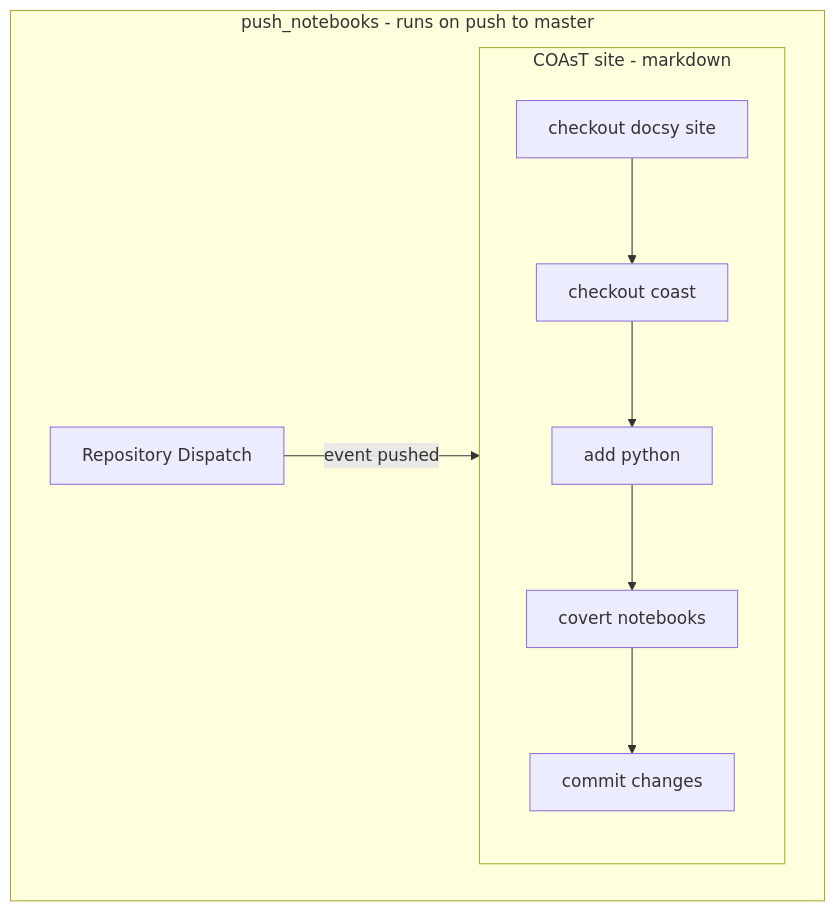
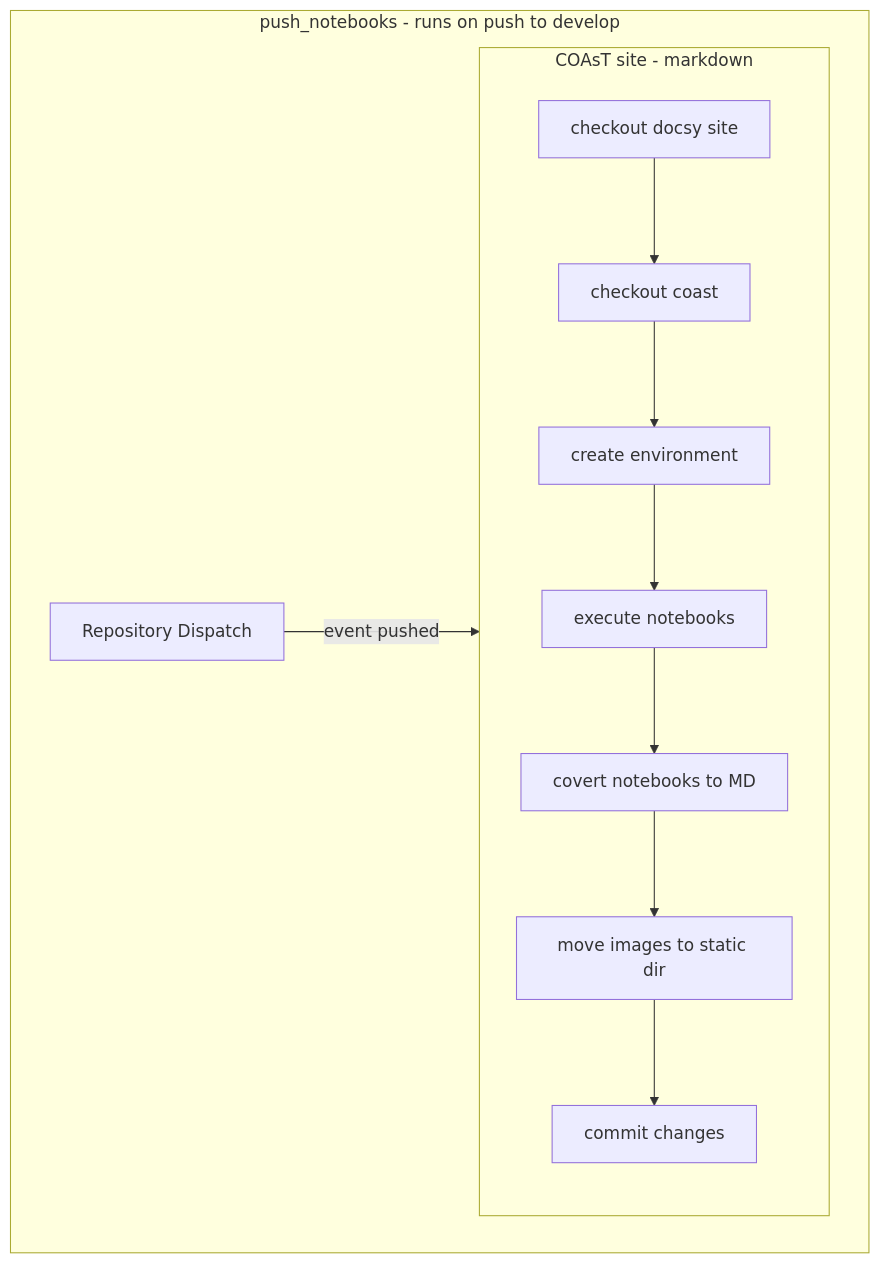
Before and after one commit to google/docsy-example: the third of 6 diagrams in content/en/docs/Contributing-Docs/github_actions_flowchart.md, drawn with Mermaid.

Commit message:
update actions graph

```diff
--- a/content/en/docs/Contributing-Docs/github_actions_flowchart.md
+++ b/content/en/docs/Contributing-Docs/github_actions_flowchart.md
@@ -61,16 +61,18 @@
 {{< mermaid align="left">}}
 flowchart LR
-    subgraph b1[push_notebooks - runs on push to master]
+    subgraph b1[push_notebooks - runs on push to develop]
         direction LR
         subgraph b2[COAsT site - markdown ]
             direction TB
             a[checkout docsy site] -->b
             b[checkout coast] -->c
-            c[add python] -->d
-            d[covert notebooks] -->e
-            e[commit changes]            
+            c[create environment] -->d
+            d[execute notebooks] -->e
+            e[covert notebooks to MD] -->f
+            f[move images to static dir] -->g
+            g[commit changes]            
          end
     t[Repository Dispatch] -- event pushed --> b2    
     end
     click a "https://github.com/British-Oceanographic-Data-Centre/COAsT-site" "Docsy site for COAsT repo"
 {{< /mermaid >}}
```
